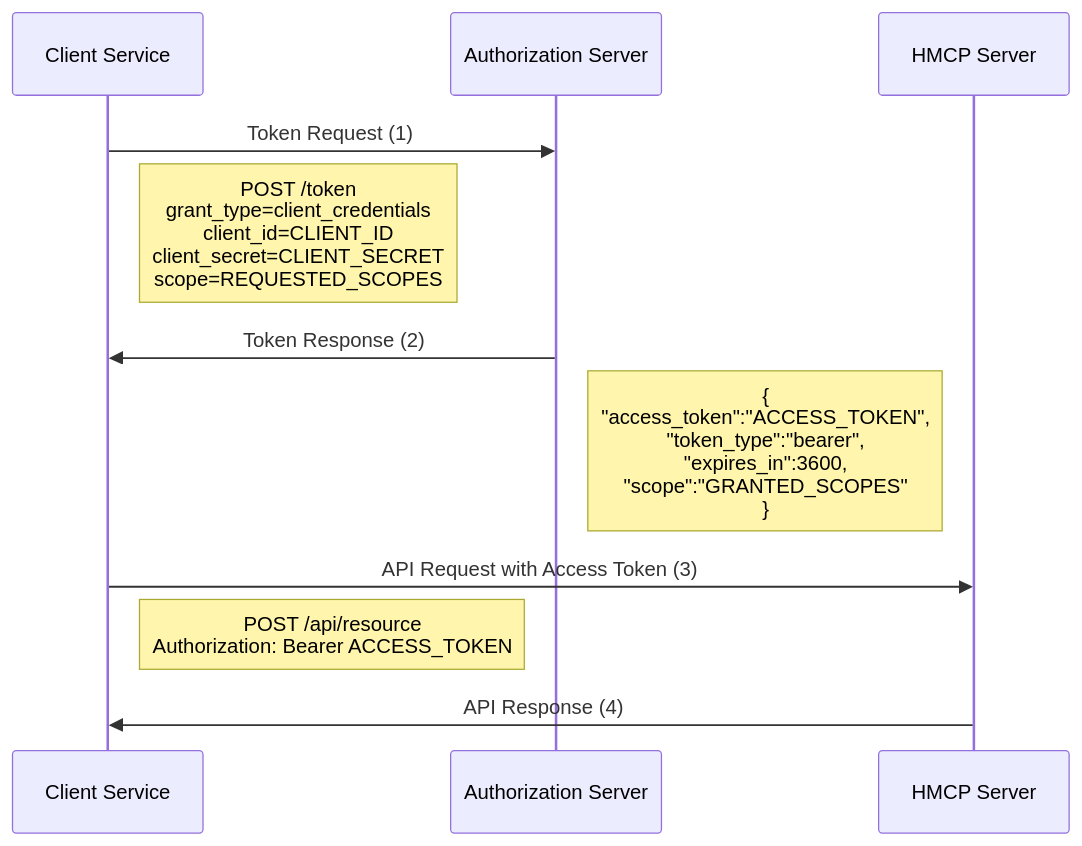
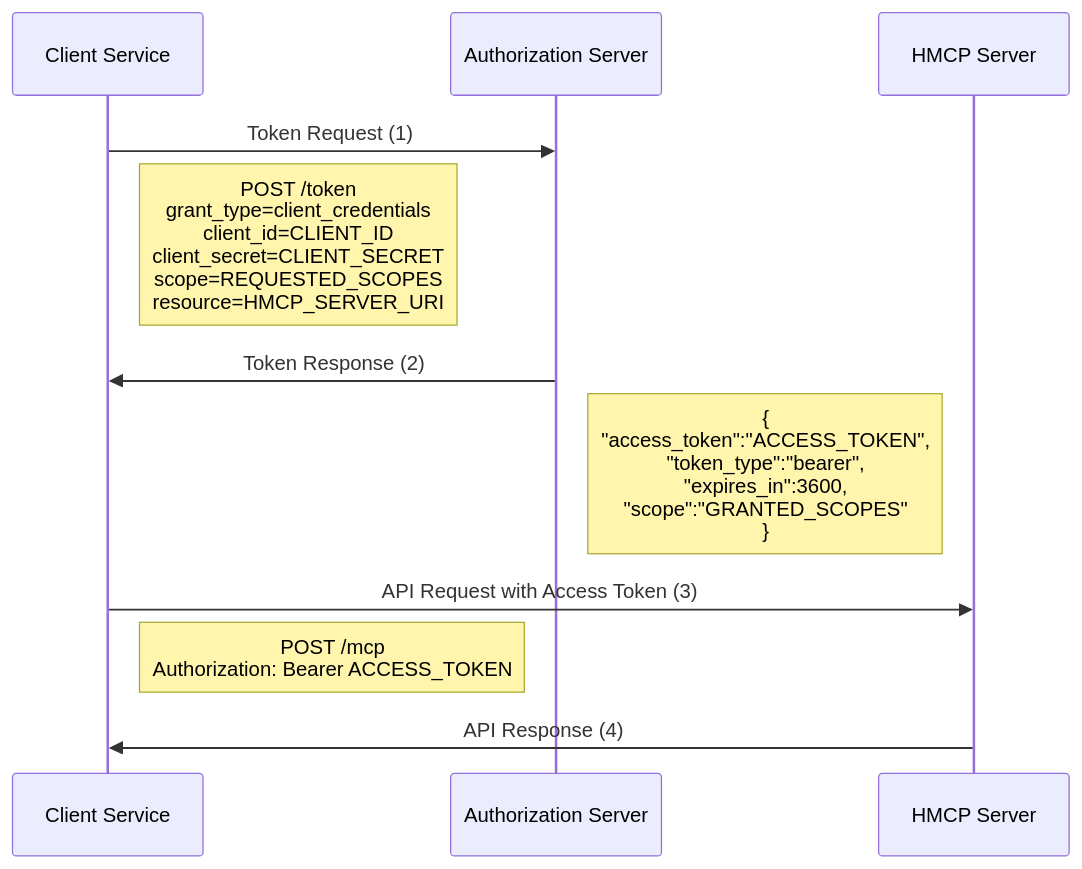
Before and after one commit to innovaccer/Healthcare-MCP: the second of 2 diagrams in docs/specification/auth.md, drawn with Mermaid. The commit also changed other lines of this file and 124 other files, not shown here.

First line of the commit message:
HMCP 0.1.0: patient-context and guardrails extensions on MCP 2026-07-28

````diff
--- a/docs/specification/auth.md
+++ b/docs/specification/auth.md
@@ -40,14 +115,14 @@
 ```mermaid
 sequenceDiagram
     participant Client_Service as Client Service
     participant Auth_Server as Authorization Server
     participant HMCP_Server as HMCP Server
 
     Client_Service->>Auth_Server: Token Request (1)
-    Note right of Client_Service: POST /token<br>grant_type=client_credentials<br>client_id=CLIENT_ID<br>client_secret=CLIENT_SECRET<br>scope=REQUESTED_SCOPES
+    Note right of Client_Service: POST /token<br>grant_type=client_credentials<br>client_id=CLIENT_ID<br>client_secret=CLIENT_SECRET<br>scope=REQUESTED_SCOPES<br>resource=HMCP_SERVER_URI
     Auth_Server->>Client_Service: Token Response (2)
     Note right of Auth_Server: {<br>"access_token":"ACCESS_TOKEN",<br>"token_type":"bearer",<br>"expires_in":3600,<br>"scope":"GRANTED_SCOPES"<br>}
-    Client_Service->>HMCP_Server: API Request with Access Token (3) 
-    Note right of Client_Service: POST /api/resource<br>Authorization: Bearer ACCESS_TOKEN
+    Client_Service->>HMCP_Server: API Request with Access Token (3)
+    Note right of Client_Service: POST /mcp<br>Authorization: Bearer ACCESS_TOKEN
     HMCP_Server->>Client_Service: API Response (4)
 ```
````
